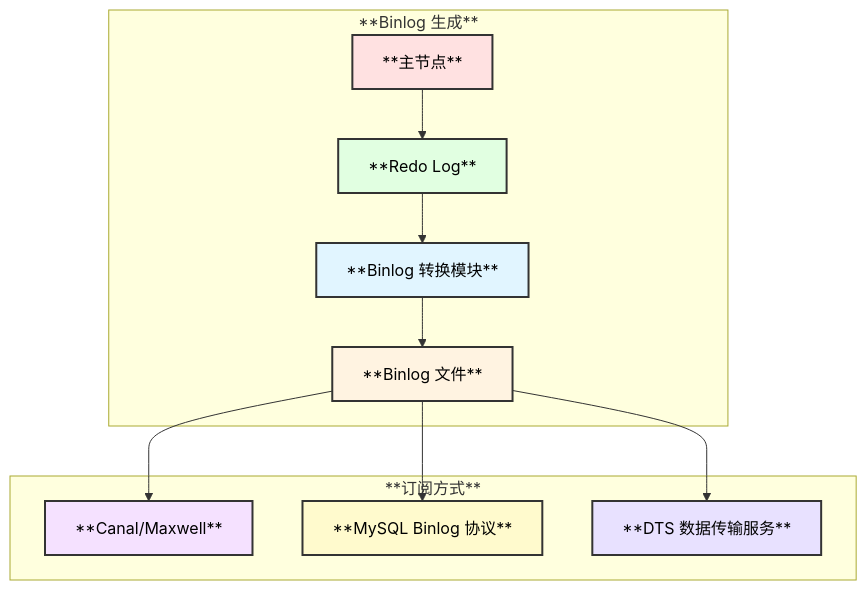
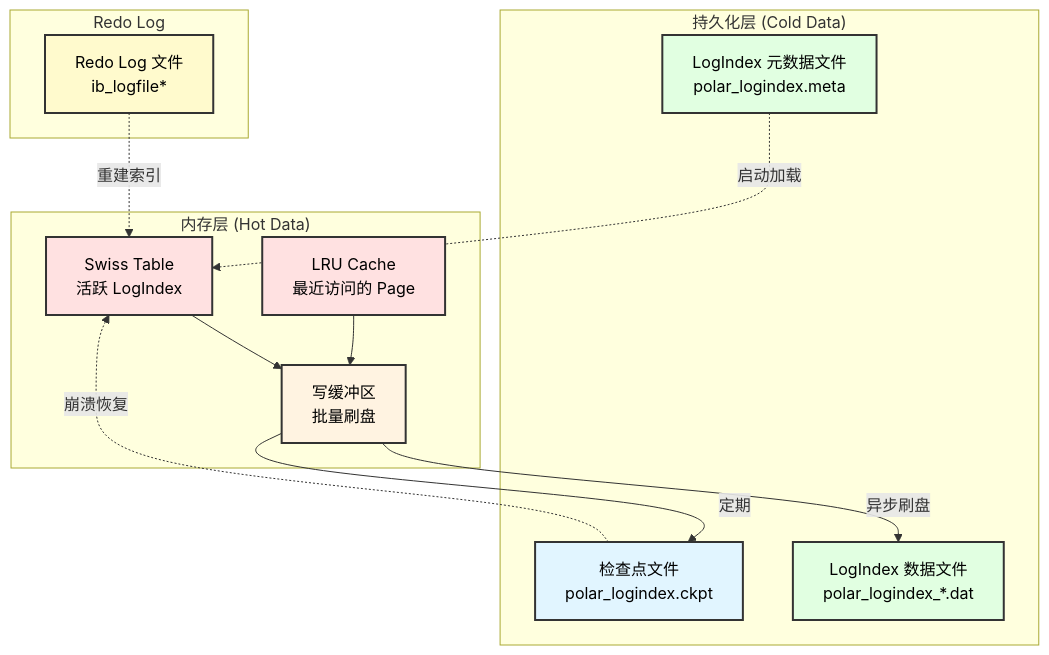
Before and after one commit to victor1589007281/percona-server: diagram 12 of 29 in vdocs/design/PolarDB_Architecture.md, drawn with Mermaid. The commit also changed other lines of this file and 141 other files, not shown here.

````diff
--- a/vdocs/design/PolarDB_Architecture.md
+++ b/vdocs/design/PolarDB_Architecture.md
@@ -408,30 +699,34 @@
 ```mermaid
 graph TB
-    subgraph "**Binlog 生成**"
-        A[**主节点**]
-        B[**Redo Log**]
-        C[**Binlog 转换模块**]
-        D[**Binlog 文件**]
+    subgraph "内存层 (Hot Data)"
+        A["Swiss Table<br/>活跃 LogIndex"]
+        B["LRU Cache<br/>最近访问的 Page"]
+        C["写缓冲区<br/>批量刷盘"]
     end
     
-    subgraph "**订阅方式**"
-        E[**Canal/Maxwell**]
-        F[**MySQL Binlog 协议**]
-        G[**DTS 数据传输服务**]
+    subgraph "持久化层 (Cold Data)"
+        D["LogIndex 元数据文件<br/>polar_logindex.meta"]
+        E["LogIndex 数据文件<br/>polar_logindex_*.dat"]
+        F["检查点文件<br/>polar_logindex.ckpt"]
     end
     
-    A --> B
+    subgraph "Redo Log"
+        G["Redo Log 文件<br/>ib_logfile*"]
+    end
+    
+    A --> C
     B --> C
-    C --> D
-    D --> E
-    D --> F
-    D --> G
+    C -->|异步刷盘| E
+    C -->|定期| F
+    D -.->|启动加载| A
+    F -.->|崩溃恢复| A
+    G -.->|重建索引| A
     
     style A fill:#ffe1e1,stroke:#333,stroke-width:2px,color:#000
-    style B fill:#e1ffe1,stroke:#333,stroke-width:2px,color:#000
-    style C fill:#e1f5ff,stroke:#333,stroke-width:2px,color:#000
-    style D fill:#fff3e1,stroke:#333,stroke-width:2px,color:#000
-    style E fill:#f5e1ff,stroke:#333,stroke-width:2px,color:#000
-    style F fill:#fffacd,stroke:#333,stroke-width:2px,color:#000
-    style G fill:#e8e1ff,stroke:#333,stroke-width:2px,color:#000
+    style B fill:#ffe1e1,stroke:#333,stroke-width:2px,color:#000
+    style C fill:#fff3e1,stroke:#333,stroke-width:2px,color:#000
+    style D fill:#e1ffe1,stroke:#333,stroke-width:2px,color:#000
+    style E fill:#e1ffe1,stroke:#333,stroke-width:2px,color:#000
+    style F fill:#e1f5ff,stroke:#333,stroke-width:2px,color:#000
+    style G fill:#fffacd,stroke:#333,stroke-width:2px,color:#000
 ```
````
